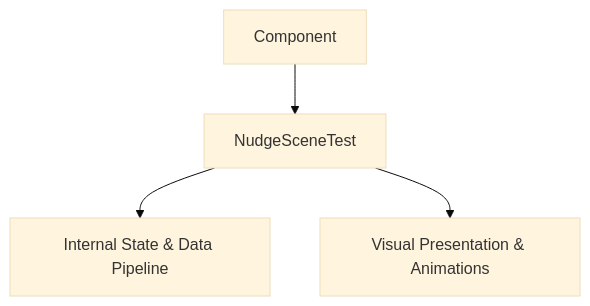
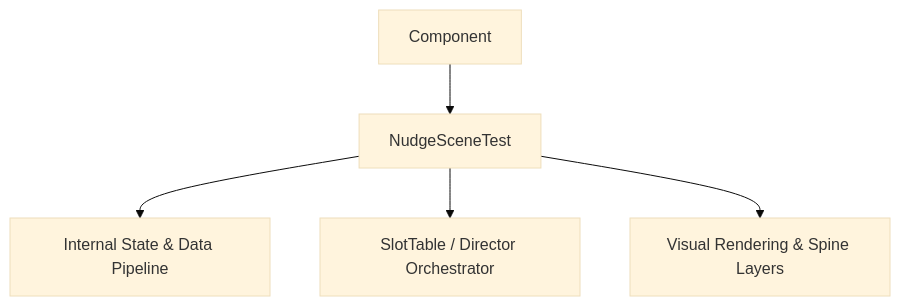
One commit to lam-ark/mcp-fwcc changed the diagram in docs/cc_slot_mechanics/modules/NudgeSceneTest/01_overview/01_architecture_and_role.md. Above: the diagram before and after it, drawn with Mermaid (base theme). The commit also changed other lines of this file and 2509 other files, not shown here.

````diff
--- a/docs/cc_slot_mechanics/modules/NudgeSceneTest/01_overview/01_architecture_and_role.md
+++ b/docs/cc_slot_mechanics/modules/NudgeSceneTest/01_overview/01_architecture_and_role.md
@@ -18,6 +24,7 @@
 ```mermaid
 graph TD
-    Parent[Component] --> Mod[NudgeSceneTest]
-    Mod --> State[Internal State & Data Pipeline]
-    Mod --> Render[Visual Presentation & Animations]
+    SuperClass[Component] --> TargetClass[NudgeSceneTest]
+    TargetClass --> DataPipeline[Internal State & Data Pipeline]
+    TargetClass --> Orchestrator[SlotTable / Director Orchestrator]
+    TargetClass --> ViewLayer[Visual Rendering & Spine Layers]
 ```
````
